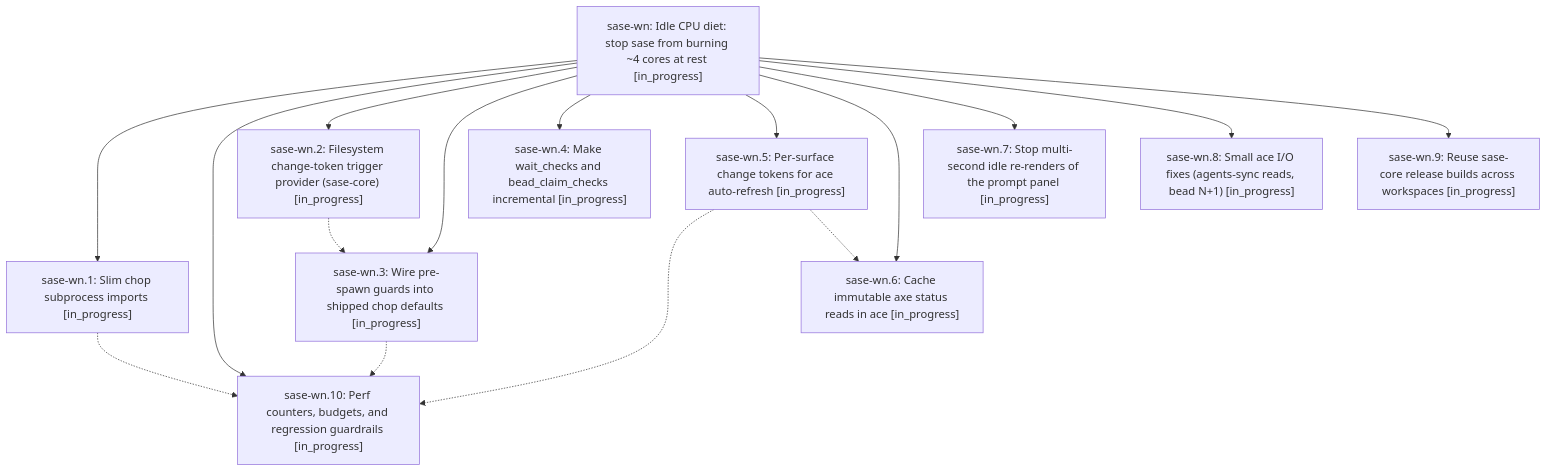
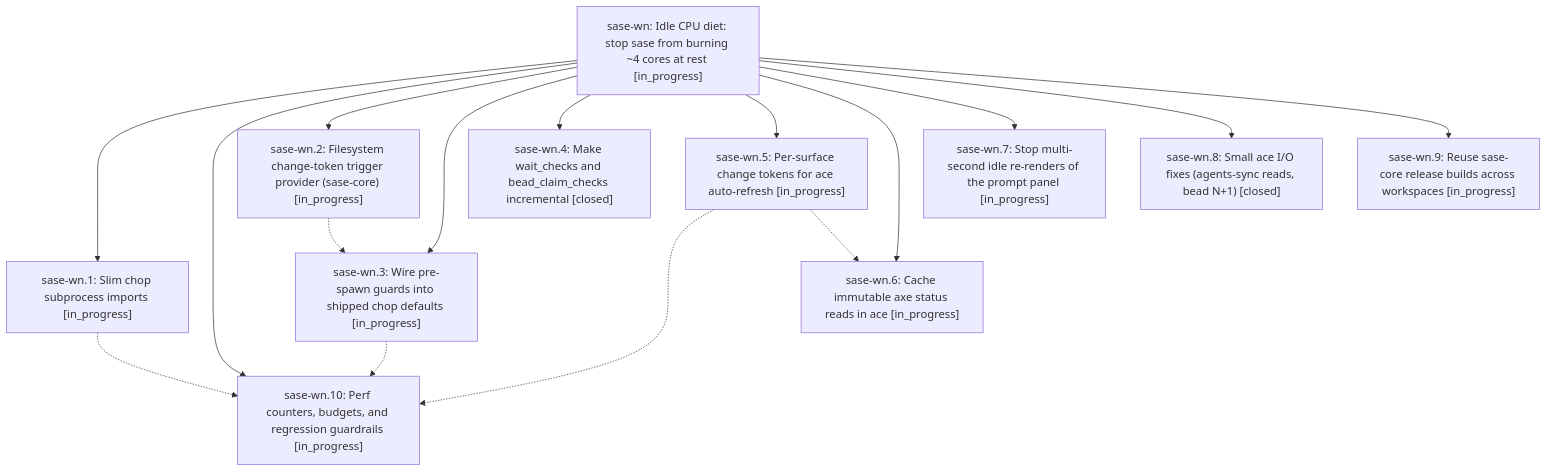
Before and after one commit to sase-org/sase--beads: the diagram in pages/sase-wn/README.md, drawn with Mermaid. The commit also changed other lines of this file and 2 other files, not shown here.

First line of the commit message:
chore(beads): sync bead state and pages for sase-wn

````diff
--- a/pages/sase-wn/README.md
+++ b/pages/sase-wn/README.md
@@ -43,29 +43,29 @@
 ```mermaid
 flowchart TD
     n0["sase-wn: Idle CPU diet: stop sase from burning ~4 cores at rest [in_progress]"]
     n1["sase-wn.1: Slim chop subprocess imports [in_progress]"]
     n2["sase-wn.10: Perf counters, budgets, and regression guardrails [in_progress]"]
     n3["sase-wn.2: Filesystem change-token trigger provider (sase-core) [in_progress]"]
     n4["sase-wn.3: Wire pre-spawn guards into shipped chop defaults [in_progress]"]
-    n5["sase-wn.4: Make wait_checks and bead_claim_checks incremental [in_progress]"]
+    n5["sase-wn.4: Make wait_checks and bead_claim_checks incremental [closed]"]
     n6["sase-wn.5: Per-surface change tokens for ace auto-refresh [in_progress]"]
     n7["sase-wn.6: Cache immutable axe status reads in ace [in_progress]"]
     n8["sase-wn.7: Stop multi-second idle re-renders of the prompt panel [in_progress]"]
-    n9["sase-wn.8: Small ace I/O fixes (agents-sync reads, bead N+1) [in_progress]"]
+    n9["sase-wn.8: Small ace I/O fixes (agents-sync reads, bead N+1) [closed]"]
     n10["sase-wn.9: Reuse sase-core release builds across workspaces [in_progress]"]
     n0 --> n1
     n0 --> n2
     n0 --> n3
     n0 --> n4
     n0 --> n5
     n0 --> n6
     n0 --> n7
     n0 --> n8
     n0 --> n9
     n0 --> n10
     n1 -.-> n2
     n3 -.-> n4
     n4 -.-> n2
     n6 -.-> n2
     n6 -.-> n7
 ```
````
